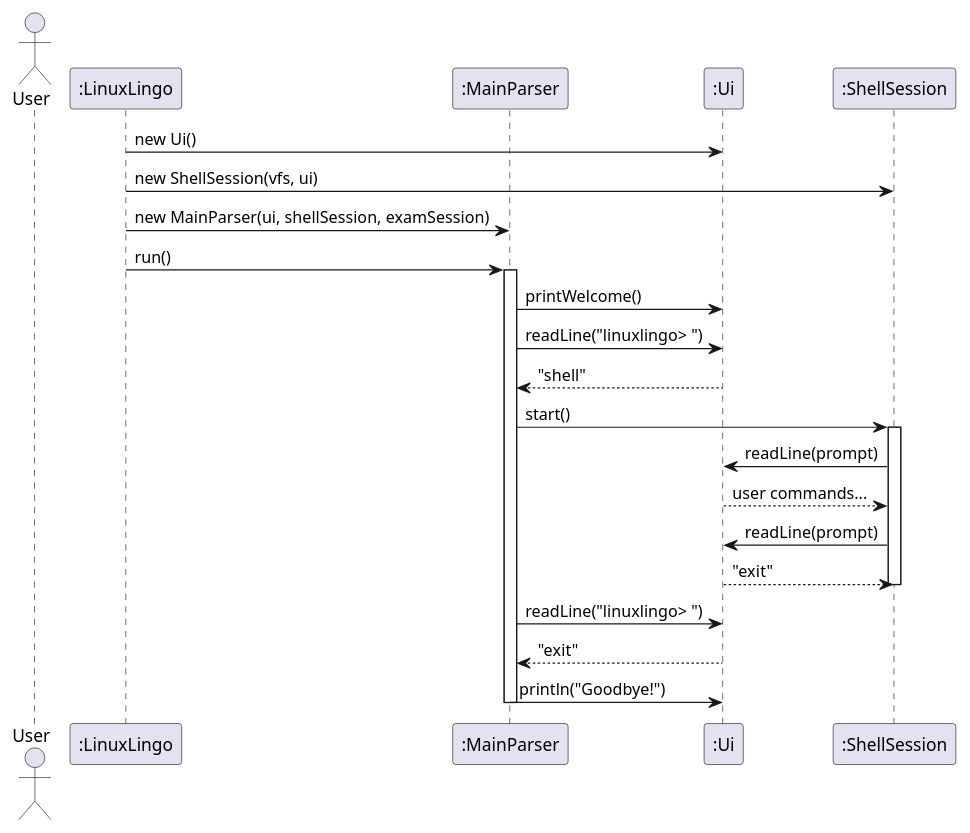
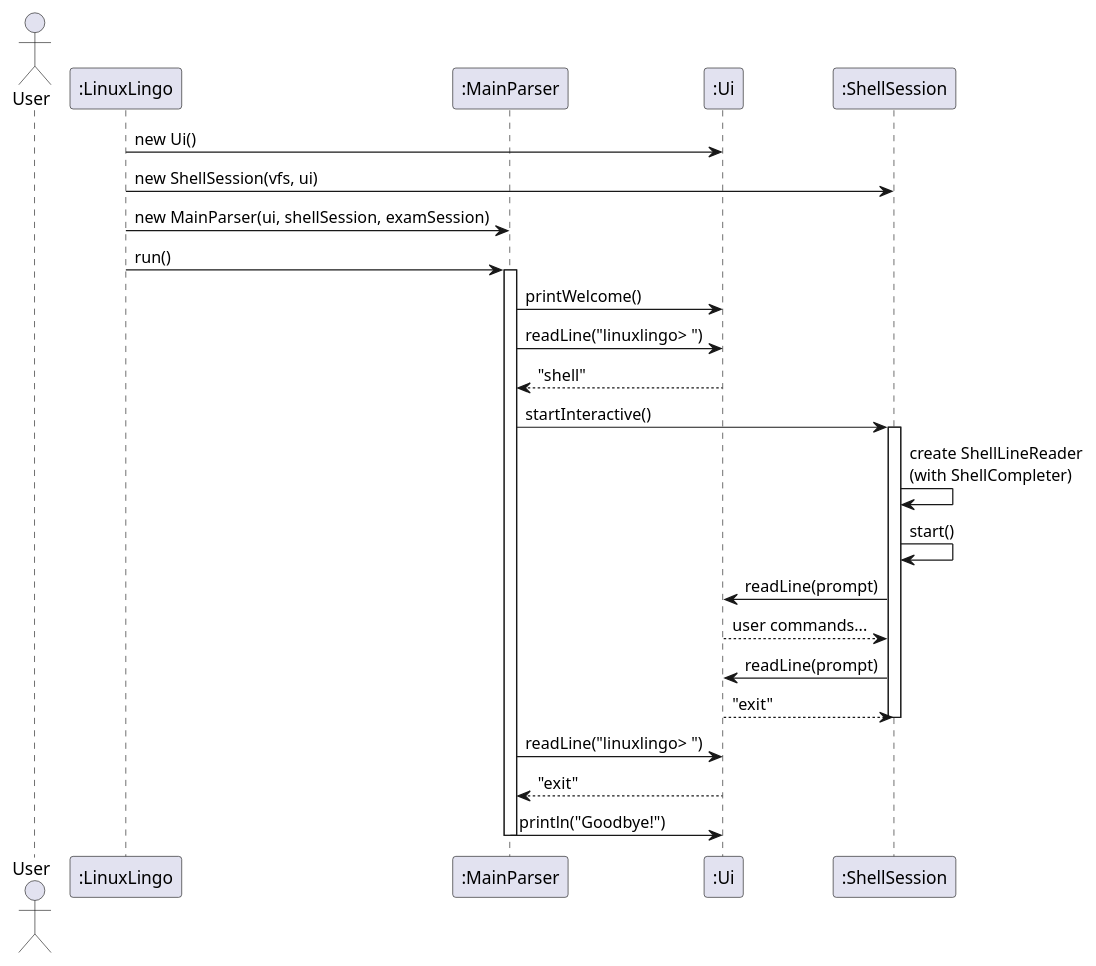
Before and after one commit to Novgor0d/tp: the diagram in docs/diagrams/ArchitectureSequenceDiagram.puml, drawn with PlantUML. The commit also changed 2 other files, not shown here.

Commit message:
Change start() into startInteractive() in MainParser and LinuxLingo to activate JLine in interactive mode

```diff
--- a/docs/diagrams/ArchitectureSequenceDiagram.puml
+++ b/docs/diagrams/ArchitectureSequenceDiagram.puml
@@ -1,27 +1,29 @@
 @startuml ArchitectureSequenceDiagram
 actor User
 participant ":LinuxLingo" as Main
 participant ":MainParser" as MP
 participant ":Ui" as UI
 participant ":ShellSession" as SS
 
 Main -> UI : new Ui()
 Main -> SS : new ShellSession(vfs, ui)
 Main -> MP : new MainParser(ui, shellSession, examSession)
 Main -> MP : run()
 activate MP
 MP -> UI : printWelcome()
 MP -> UI : readLine("linuxlingo> ")
 UI --> MP : "shell"
-MP -> SS : start()
+MP -> SS : startInteractive()
 activate SS
+SS -> SS : create ShellLineReader\n(with ShellCompleter)
+SS -> SS : start()
 SS -> UI : readLine(prompt)
 UI --> SS : user commands...
 SS -> UI : readLine(prompt)
 UI --> SS : "exit"
 deactivate SS
 MP -> UI : readLine("linuxlingo> ")
 UI --> MP : "exit"
 MP -> UI : println("Goodbye!")
 deactivate MP
 @enduml
```
